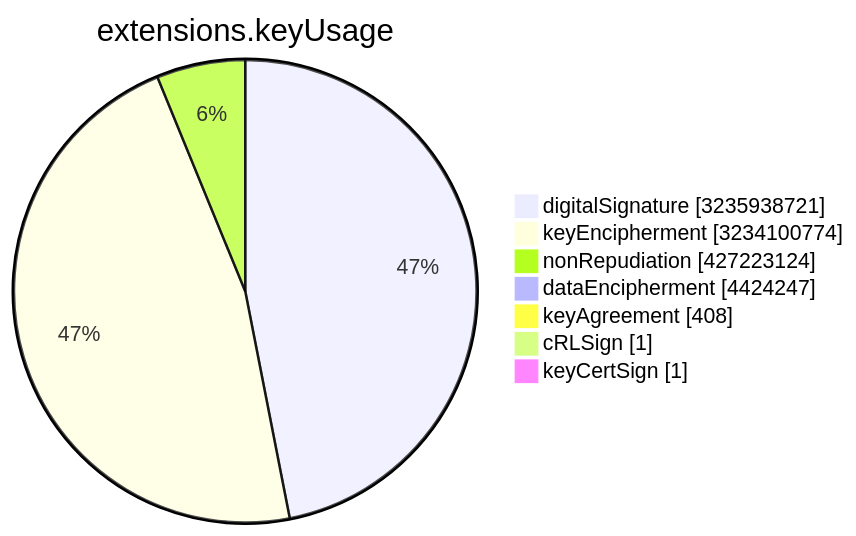
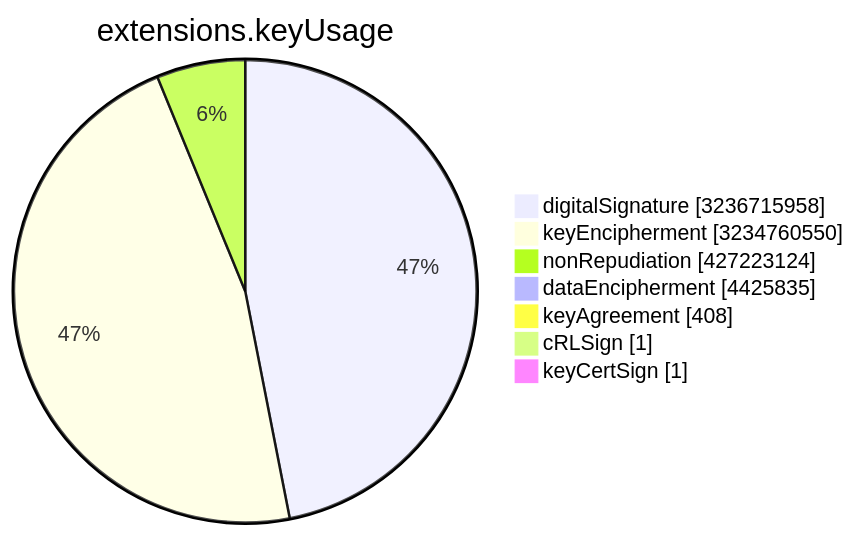
The sixth of 15 diagrams in TOTAL/README.md (christiankrug/ctmonitor_visualization), drawn with Mermaid before and after one commit. The commit also changed other lines of this file, not shown here.

````diff
--- a/TOTAL/README.md
+++ b/TOTAL/README.md
@@ -3077,11 +3077,11 @@
 ```mermaid
 pie showData
 title extensions.keyUsage
-"digitalSignature" :3235938721
-"keyEncipherment" :3234100774
+"digitalSignature" :3236715958
+"keyEncipherment" :3234760550
 "nonRepudiation" :427223124
-"dataEncipherment" :4424247
+"dataEncipherment" :4425835
 "keyAgreement" :408
 "cRLSign" :1
 "keyCertSign" :1
 ```
````
